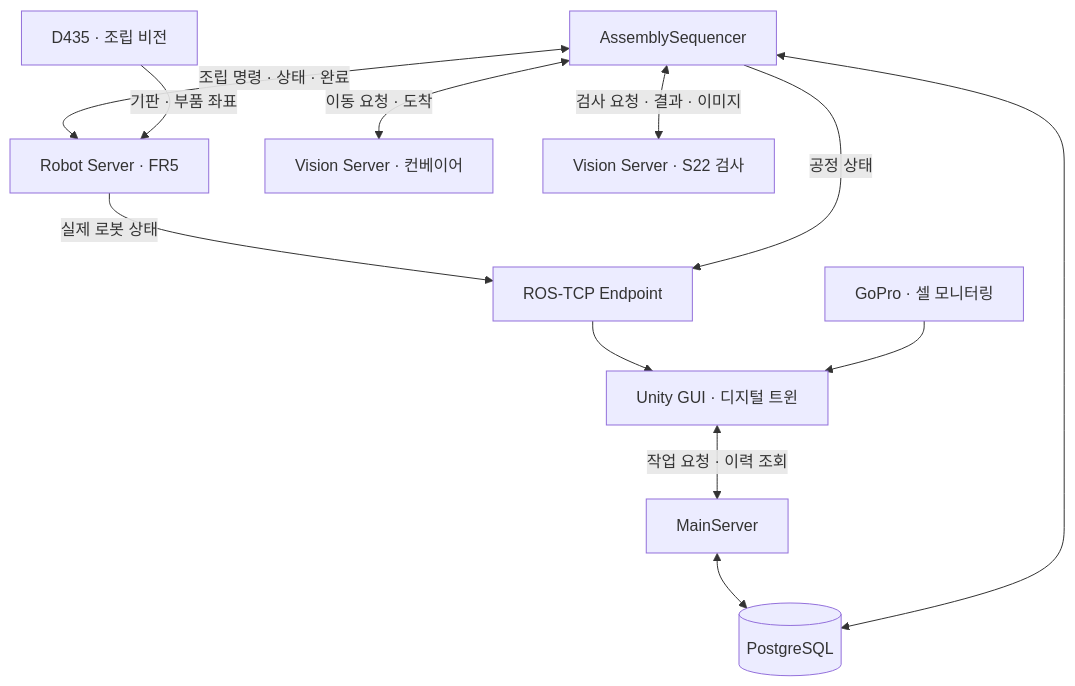
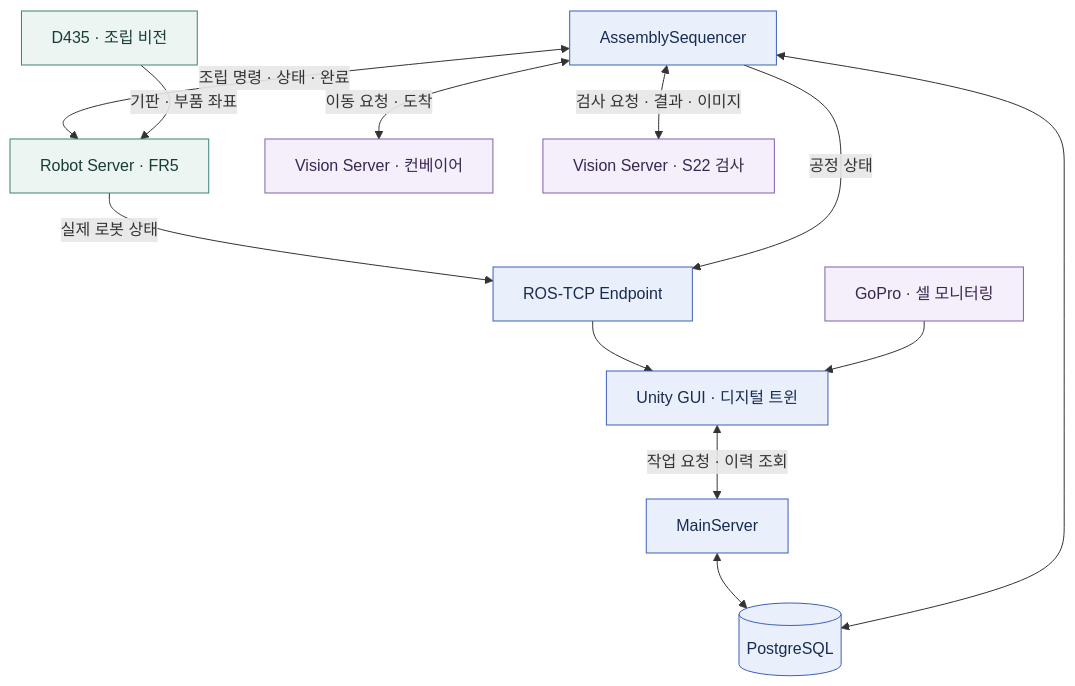
Before and after one commit to eduwing-robotics/ros2-ai-cobot-repo1: the first of 3 diagrams in README.md, drawn with Mermaid. The commit also changed other lines of this file, not shown here.

````diff
--- a/README.md
+++ b/README.md
@@ -116,14 +138,20 @@
 ```mermaid
 flowchart TB
   UI[Unity GUI · 디지털 트윈] <-->|작업 요청 · 이력 조회| M[MainServer]
   M <--> DB[(PostgreSQL)]
   S[AssemblySequencer] <--> DB
   S <-->|조립 명령 · 상태 · 완료| R[Robot Server · FR5]
   D[D435 · 조립 비전] -->|기판 · 부품 좌표| R
   S <-->|이동 요청 · 도착| C[Vision Server · 컨베이어]
   S <-->|검사 요청 · 결과 · 이미지| V[Vision Server · S22 검사]
   R -->|실제 로봇 상태| E[ROS-TCP Endpoint]
   S -->|공정 상태| E
   E --> UI
   G[GoPro · 셀 모니터링] --> UI
+  classDef main fill:#eaf0fb,stroke:#3c60b9,color:#182c50;
+  classDef robot fill:#edf5f3,stroke:#368579,color:#173d37;
+  classDef vision fill:#f4effb,stroke:#8060a8,color:#39274f;
+  class UI,M,S,DB,E main;
+  class R,D robot;
+  class C,V,G vision;
 ```
````
